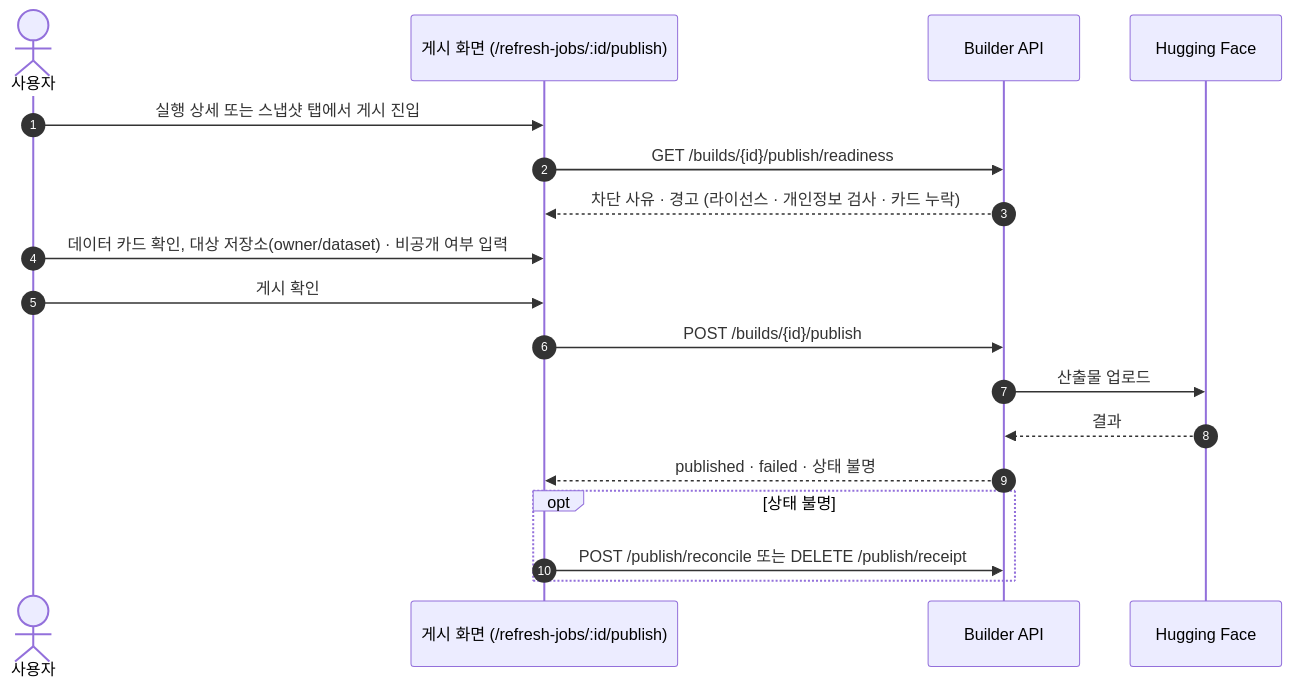
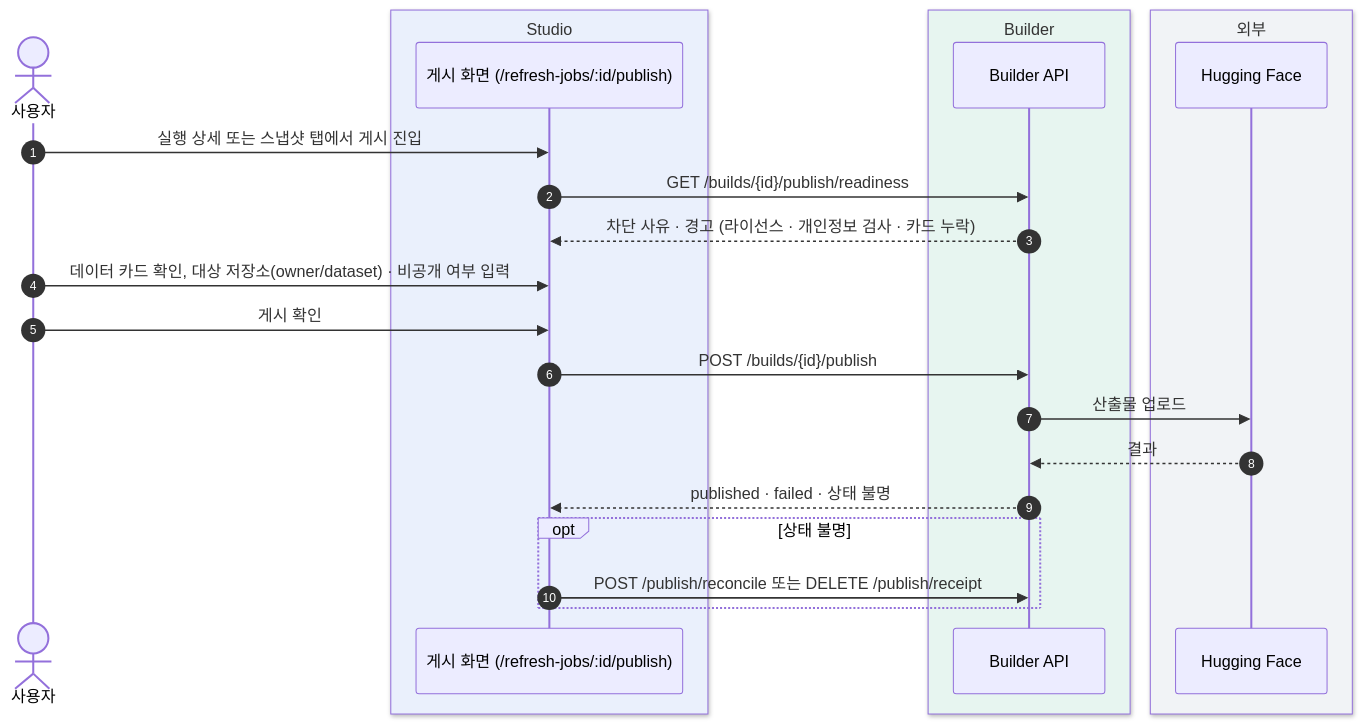
One commit to kpubdata-lab/kpubdata-reports changed the diagram in hanium-dreamup/figures/flow-publish.mmd. Above: the diagram before and after it, drawn with Mermaid. The commit also changed 30 other files, not shown here.

First line of the commit message:
docs(hanium-dreamup): redraw the diagrams in a colour-coded style

```diff
--- a/hanium-dreamup/figures/flow-publish.mmd
+++ b/hanium-dreamup/figures/flow-publish.mmd
@@ -1,18 +1,24 @@
 sequenceDiagram
     autonumber
     actor U as 사용자
-    participant P as 게시 화면 (/refresh-jobs/:id/publish)
-    participant B as Builder API
-    participant H as Hugging Face
+    box rgb(234,240,252) Studio
+        participant P as 게시 화면 (/refresh-jobs/:id/publish)
+    end
+    box rgb(231,245,240) Builder
+        participant B as Builder API
+    end
+    box rgb(241,243,246) 외부
+        participant H as Hugging Face
+    end
     U->>P: 실행 상세 또는 스냅샷 탭에서 게시 진입
     P->>B: GET /builds/{id}/publish/readiness
     B-->>P: 차단 사유 · 경고 (라이선스 · 개인정보 검사 · 카드 누락)
     U->>P: 데이터 카드 확인, 대상 저장소(owner/dataset) · 비공개 여부 입력
     U->>P: 게시 확인
     P->>B: POST /builds/{id}/publish
     B->>H: 산출물 업로드
     H-->>B: 결과
     B-->>P: published · failed · 상태 불명
     opt 상태 불명
         P->>B: POST /publish/reconcile 또는 DELETE /publish/receipt
     end
```
